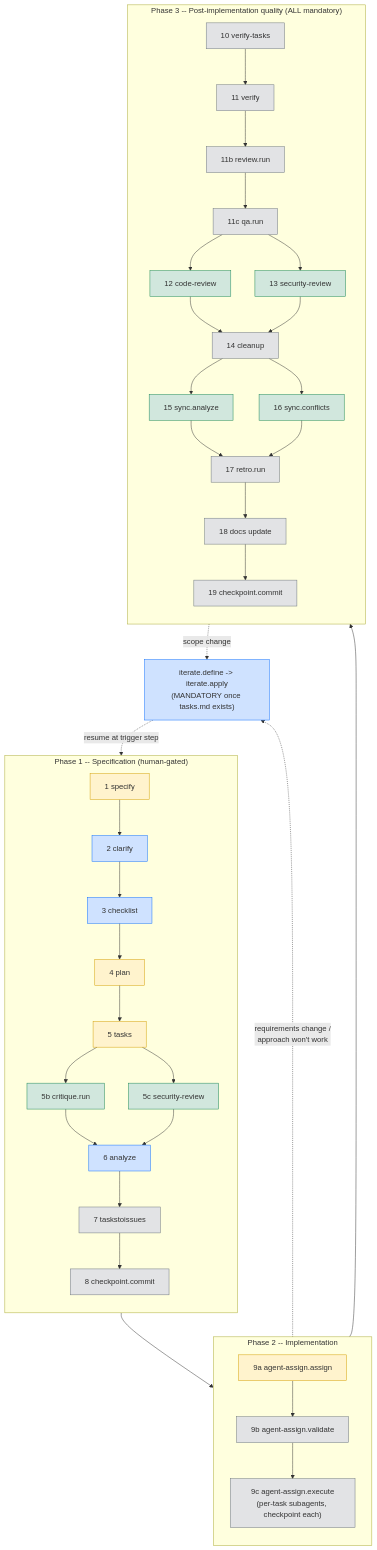
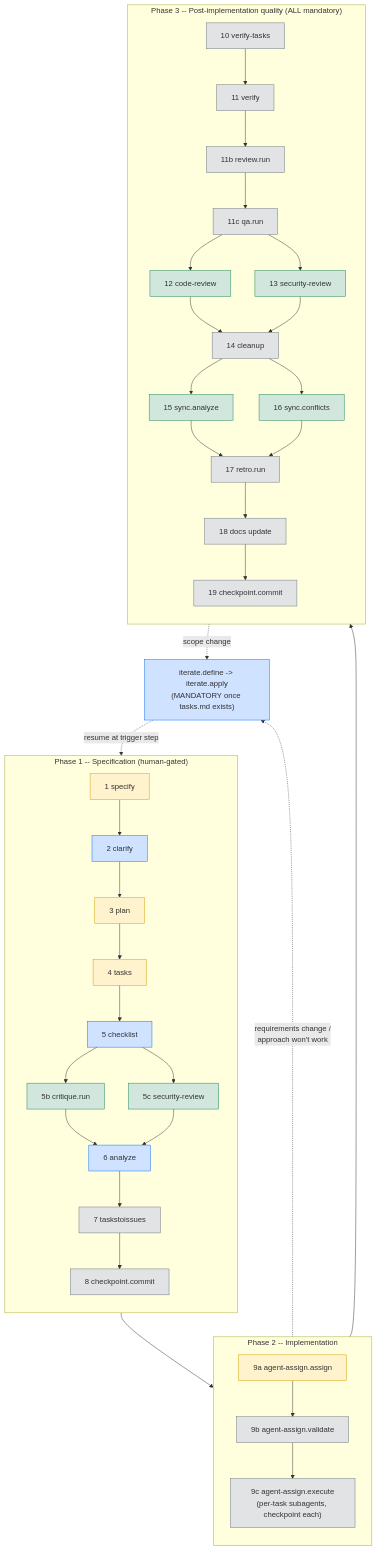
Before and after one commit to srobroek/agentic-packages: the diagram in packages/speckit/.apm/skills/speckit-setup/SKILL.md, drawn with Mermaid. The commit also changed other lines of this file and 1 other file, not shown here.

````diff
--- a/packages/speckit/.apm/skills/speckit-setup/SKILL.md
+++ b/packages/speckit/.apm/skills/speckit-setup/SKILL.md
@@ -75,49 +75,49 @@
 ```mermaid
 flowchart TD
     classDef gate fill:#fff3cd,stroke:#d39e00,color:#333;
     classDef interactive fill:#cfe2ff,stroke:#0d6efd,color:#333;
     classDef auto fill:#e2e3e5,stroke:#6c757d,color:#333;
     classDef parallel fill:#d1e7dd,stroke:#198754,color:#333;
 
     subgraph P1["Phase 1 -- Specification (human-gated)"]
         direction TB
         S1["1 specify"]:::gate --> S2["2 clarify"]:::interactive
-        S2 --> S3["3 checklist"]:::interactive
-        S3 --> S4["4 plan"]:::gate
-        S4 --> S5["5 tasks"]:::gate
+        S2 --> S3["3 plan"]:::gate
+        S3 --> S4["4 tasks"]:::gate
+        S4 --> S5["5 checklist"]:::interactive
         S5 --> S5b["5b critique.run"]:::parallel
         S5 --> S5c["5c security-review"]:::parallel
         S5b --> S6["6 analyze"]:::interactive
         S5c --> S6
         S6 --> S7["7 taskstoissues"]:::auto
         S7 --> S8["8 checkpoint.commit"]:::auto
     end
 
     subgraph P2["Phase 2 -- Implementation"]
         direction TB
         A9a["9a agent-assign.assign"]:::gate --> A9b["9b agent-assign.validate"]:::auto
         A9b --> A9c["9c agent-assign.execute<br/>(per-task subagents, checkpoint each)"]:::auto
     end
 
     subgraph P3["Phase 3 -- Post-implementation quality (ALL mandatory)"]
         direction TB
         V10["10 verify-tasks"]:::auto --> V11["11 verify"]:::auto
         V11 --> RR["11b review.run"]:::auto --> QA["11c qa.run"]:::auto
         QA --> CR12["12 code-review"]:::parallel --> CL14
         QA --> SR13["13 security-review"]:::parallel --> CL14["14 cleanup"]:::auto
         CL14 --> SY15["15 sync.analyze"]:::parallel
         CL14 --> SY16["16 sync.conflicts"]:::parallel
         SY15 --> R17["17 retro.run"]:::auto
         SY16 --> R17
         R17 --> D18["18 docs update"]:::auto
         D18 --> C19["19 checkpoint.commit"]:::auto
     end
 
     S8 --> A9a
     A9c --> V10
 
     ITER["iterate.define -> iterate.apply<br/>(MANDATORY once tasks.md exists)"]:::interactive
     A9c -. "requirements change /<br/>approach won't work" .-> ITER
     P3 -. "scope change" .-> ITER
-    ITER -. "resume at trigger step" .-> S5
+    ITER -. "resume at trigger step" .-> S4
 ```
````
